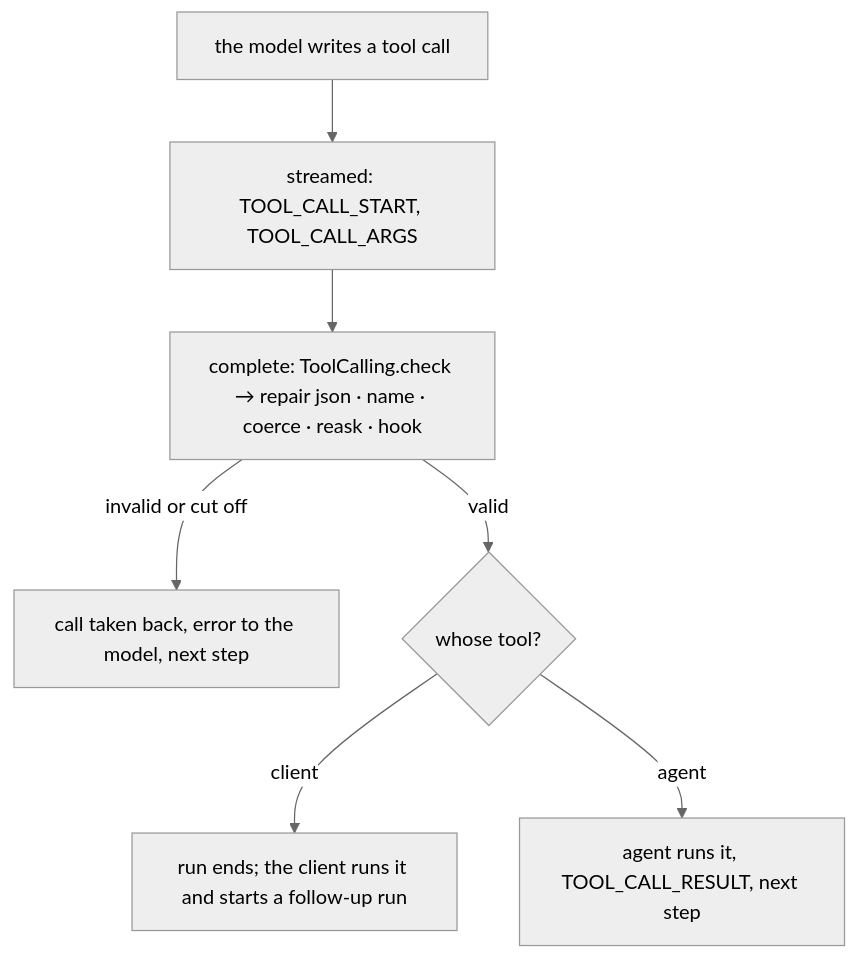
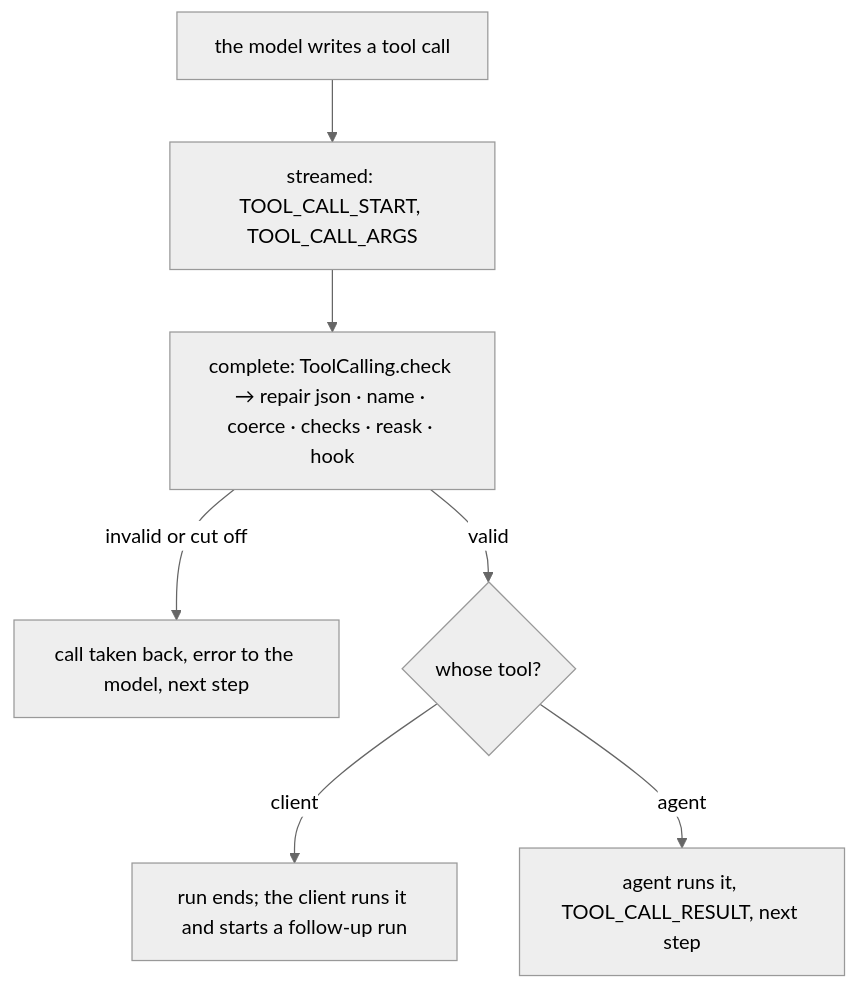
One commit to Soverius-AI/browser-models changed the diagram in apps/docs/docs/architecture/tool-calls.md. Above: the diagram before and after it, drawn with Mermaid (neutral theme). The commit also changed other lines of this file and 62 other files, not shown here.

First line of the commit message:
feat(tools): ToolCallingAgent, tool calling as layer 2

````diff
--- a/apps/docs/docs/architecture/tool-calls.md
+++ b/apps/docs/docs/architecture/tool-calls.md
@@ -7,9 +7,9 @@
 ```mermaid
 flowchart TB
   written["the model writes a tool call"] --> stream["streamed: TOOL_CALL_START, TOOL_CALL_ARGS"]
-  stream --> check["complete: ToolCalling.check → repair json · name · coerce · reask · hook"]
+  stream --> check["complete: ToolCalling.check → repair json · name · coerce · checks · reask · hook"]
   check -->|"invalid or cut off"| feedback["call taken back, error to the model, next step"]
   check -->|valid| kind{"whose tool?"}
   kind -->|client| client["run ends; the client runs it and starts a follow-up run"]
   kind -->|agent| local["agent runs it, TOOL_CALL_RESULT, next step"]
 ```
````
